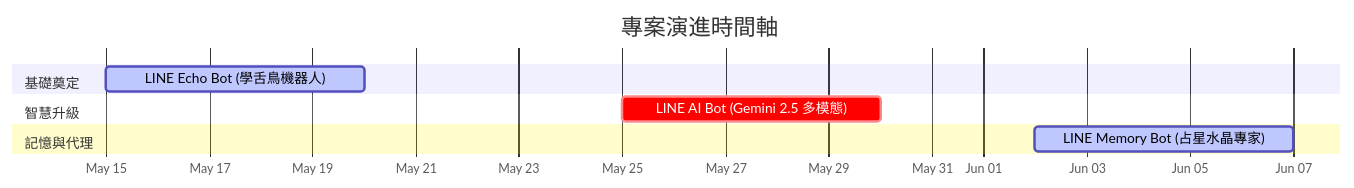
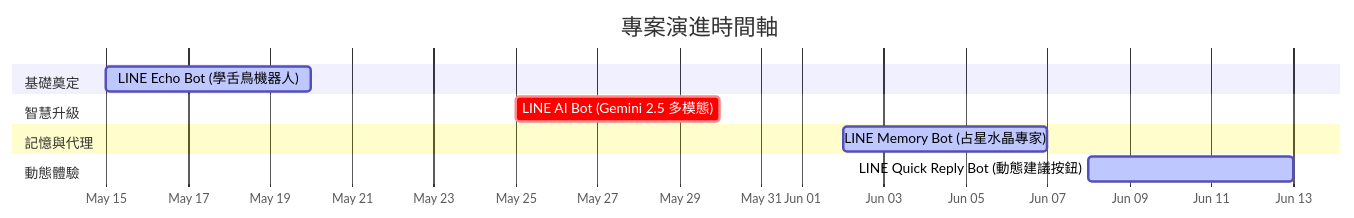
The diagram in README.md (zonawang/zona-ai-learning-lab), drawn with Mermaid before and after one commit. The commit also changed other lines of this file, not shown here.

Commit message:
docs: add LINE Quick Reply Bot to README

````diff
--- a/README.md
+++ b/README.md
@@ -11,15 +11,18 @@
 ```mermaid
 gantt
     title 專案演進時間軸
     dateFormat  YYYY-MM-DD
     axisFormat  %b %d
     
     section 基礎奠定
     LINE Echo Bot (學舌鳥機器人) :active, p1, 2026-05-15, 5d
     
     section 智慧升級
     LINE AI Bot (Gemini 2.5 多模態) :crit, p2, 2026-05-25, 5d
     
     section 記憶與代理
     LINE Memory Bot (占星水晶專家) :active, p3, 2026-06-02, 5d
+    
+    section 動態體驗
+    LINE Quick Reply Bot (動態建議按鈕) :active, p4, 2026-06-08, 5d
 ```
````
